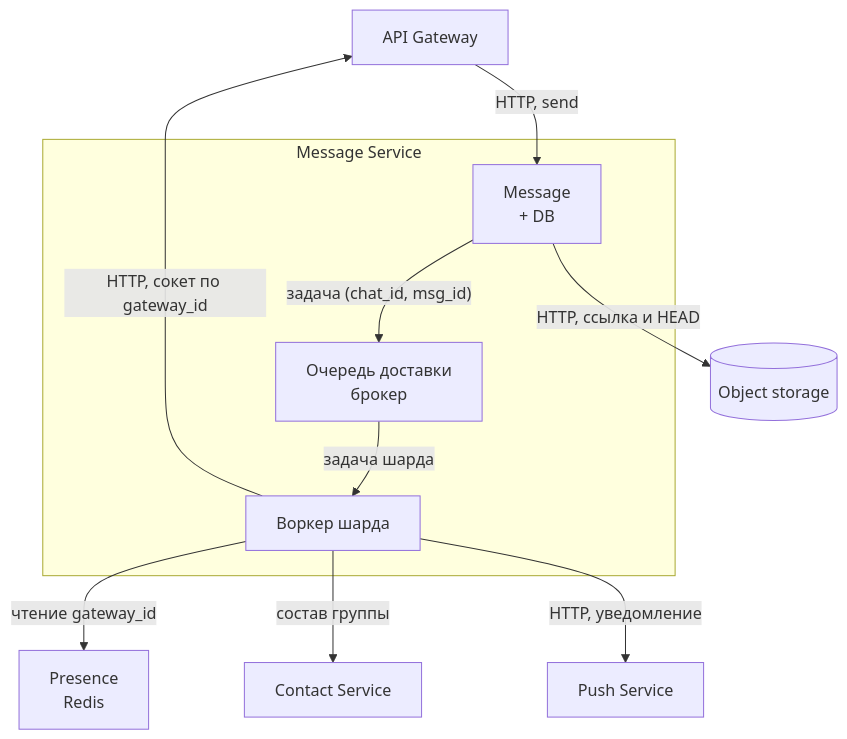
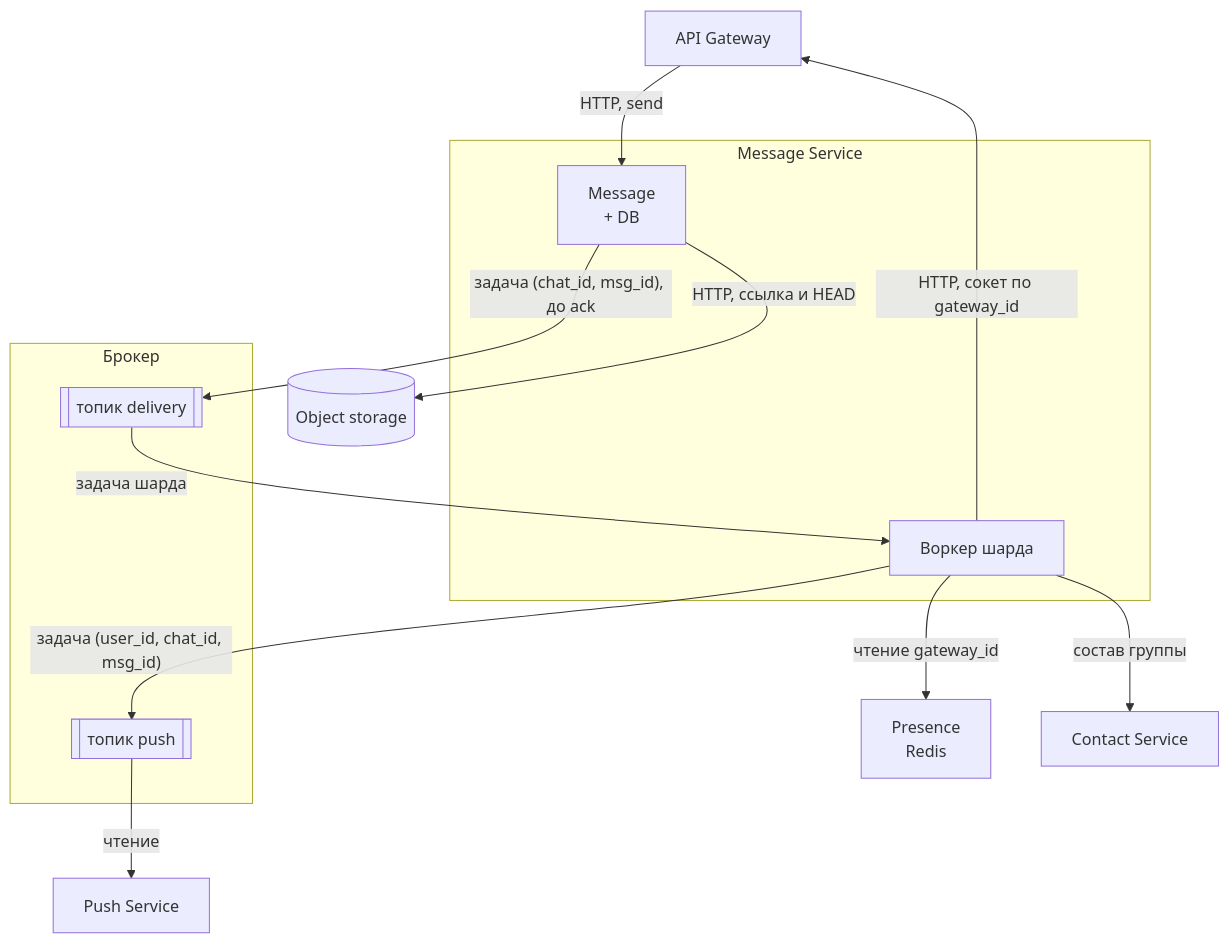
The third of 8 diagrams in hw_06/solution/README.md (Gomozov/otus-systemdesign-homework), drawn with Mermaid before and after one commit. The commit also changed other lines of this file, not shown here.

````diff
--- a/hw_06/solution/README.md
+++ b/hw_06/solution/README.md
@@ -251,23 +259,28 @@
 ```mermaid
 flowchart TB
   gw["API Gateway"]
   presence["Presence<br/>Redis"]
   contact["Contact Service"]
   push["Push Service"]
   obj[("Object storage")]
 
   subgraph message["Message Service"]
     msgDb["Message<br/>+ DB"]
-    broker["Очередь доставки<br/>брокер"]
     worker["Воркер шарда"]
   end
 
+  subgraph broker["Брокер"]
+    tDel[["топик delivery"]]
+    tPush[["топик push"]]
+  end
+
   gw -->|"HTTP, send"| msgDb
-  msgDb -->|"задача (chat_id, msg_id)"| broker
-  broker -->|"задача шарда"| worker
+  msgDb -->|"задача (chat_id, msg_id), до ack"| tDel
+  tDel -->|"задача шарда"| worker
   worker -->|"HTTP, сокет по gateway_id"| gw
   worker -->|"чтение gateway_id"| presence
   worker -->|"состав группы"| contact
-  worker -->|"HTTP, уведомление"| push
+  worker -->|"задача (user_id, chat_id, msg_id)"| tPush
+  tPush -->|"чтение"| push
   msgDb -->|"HTTP, ссылка и HEAD"| obj
 ```
````
